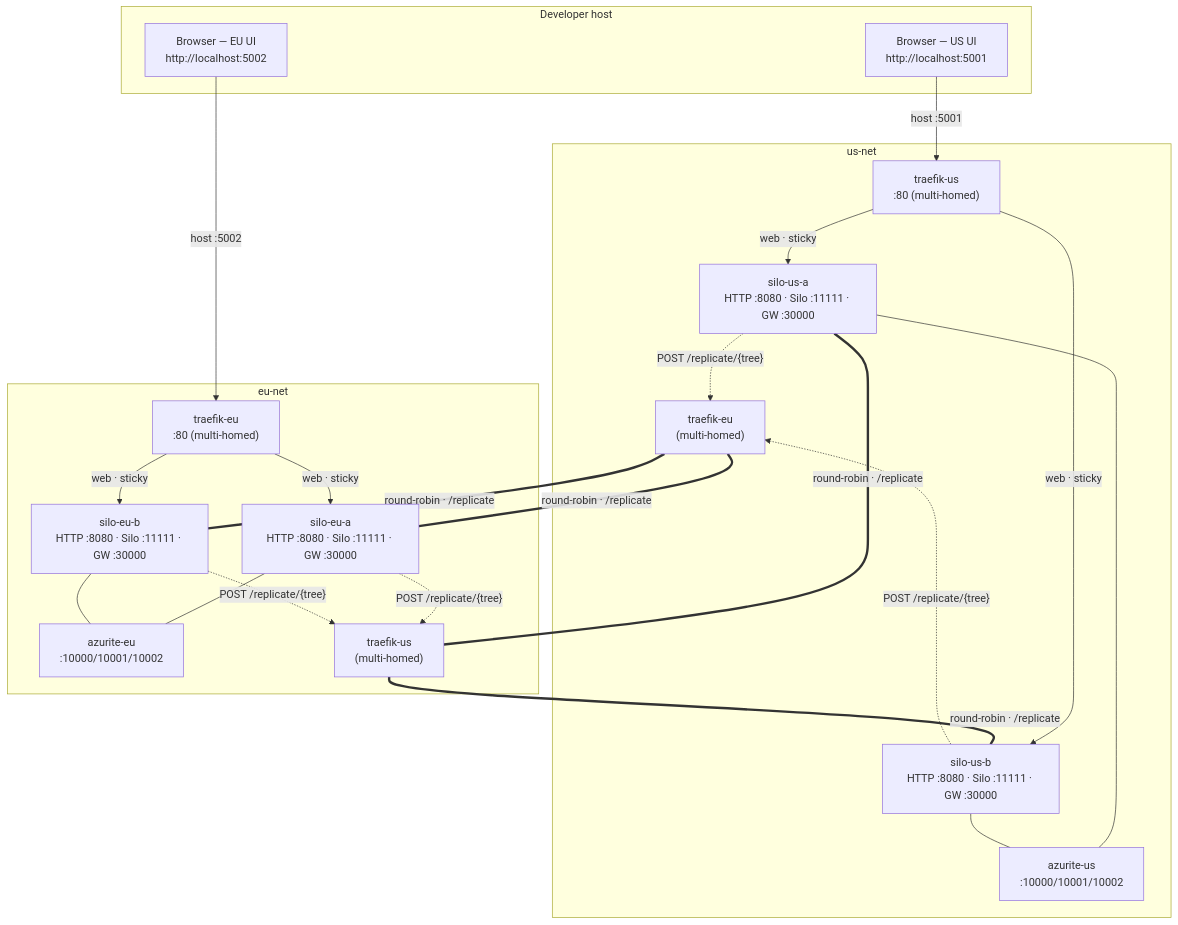
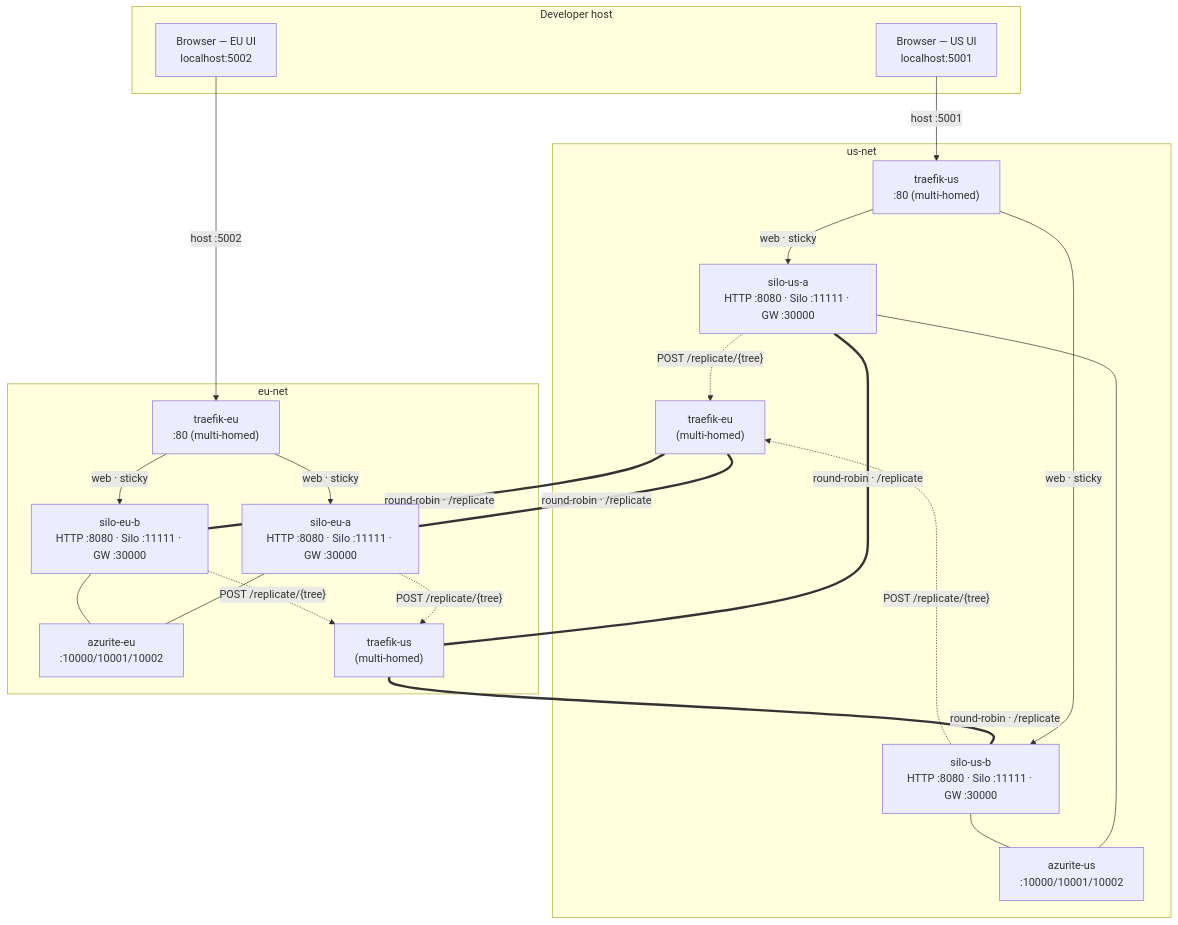
One commit to NSTA1/Orleans.Lattice changed the first of 5 diagrams in samples/MultiSiteManufacturing/architecture.md. Above: the diagram before and after it, drawn with Mermaid.

Commit message:
diagram fix

````diff
--- a/samples/MultiSiteManufacturing/architecture.md
+++ b/samples/MultiSiteManufacturing/architecture.md
@@ -20,46 +20,46 @@
 ```mermaid
 flowchart TB
     subgraph host["Developer host"]
-        browser1["Browser — US UI<br/>http://localhost:5001"]
-        browser2["Browser — EU UI<br/>http://localhost:5002"]
+        browser1["Browser — US UI<br/>localhost:5001"]
+        browser2["Browser — EU UI<br/>localhost:5002"]
     end
 
     subgraph usNet["us-net"]
         azF["azurite-us<br/>:10000/10001/10002"]
         siloFA["silo-us-a<br/>HTTP :8080 · Silo :11111 · GW :30000"]
         siloFB["silo-us-b<br/>HTTP :8080 · Silo :11111 · GW :30000"]
         tFE["traefik-us<br/>:80 (multi-homed)"]
         tHE1["traefik-eu<br/>(multi-homed)"]
     end
 
     subgraph euNet["eu-net"]
         azH["azurite-eu<br/>:10000/10001/10002"]
         siloHA["silo-eu-a<br/>HTTP :8080 · Silo :11111 · GW :30000"]
         siloHB["silo-eu-b<br/>HTTP :8080 · Silo :11111 · GW :30000"]
         tHE2["traefik-eu<br/>:80 (multi-homed)"]
         tFE2["traefik-us<br/>(multi-homed)"]
     end
 
     browser1 -->|"host :5001"| tFE
     browser2 -->|"host :5002"| tHE2
 
     tFE -->|"web · sticky"| siloFA
     tFE -->|"web · sticky"| siloFB
     tHE2 -->|"web · sticky"| siloHA
     tHE2 -->|"web · sticky"| siloHB
 
     siloFA --- azF
     siloFB --- azF
     siloHA --- azH
     siloHB --- azH
 
     siloFA -.->|"POST /replicate/{tree}"| tHE1
     siloFB -.->|"POST /replicate/{tree}"| tHE1
     siloHA -.->|"POST /replicate/{tree}"| tFE2
     siloHB -.->|"POST /replicate/{tree}"| tFE2
 
     tHE1 ===|"round-robin · /replicate"| siloHA
     tHE1 ===|"round-robin · /replicate"| siloHB
     tFE2 ===|"round-robin · /replicate"| siloFA
     tFE2 ===|"round-robin · /replicate"| siloFB
 ```
````
